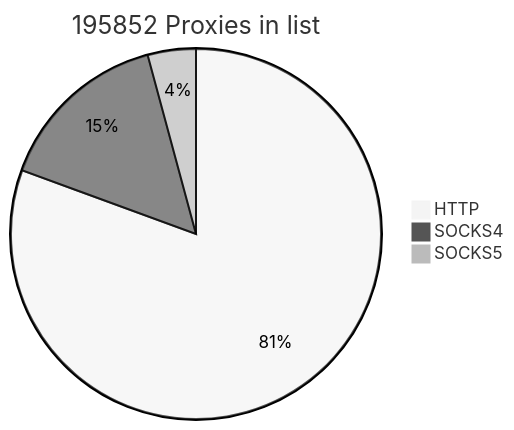
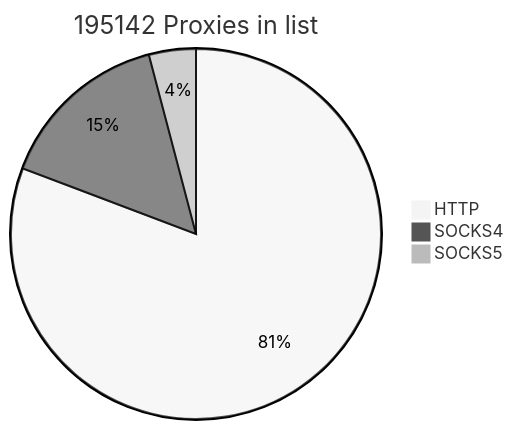
One commit to cutipu/proxylist changed the first of 2 diagrams in README.md. Above: the diagram before and after it, drawn with Mermaid (neutral theme). The commit also changed other lines of this file, not shown here.

````diff
--- a/README.md
+++ b/README.md
@@ -2,7 +2,7 @@
 ```mermaid
-pie title 195852 Proxies in list
-    "HTTP" : 157841
-    "SOCKS4" : 29788
-    "SOCKS5" : 8223
+pie title 195142 Proxies in list
+    "HTTP" : 157601
+    "SOCKS4" : 29548
+    "SOCKS5" : 7993
             
 ```
````
